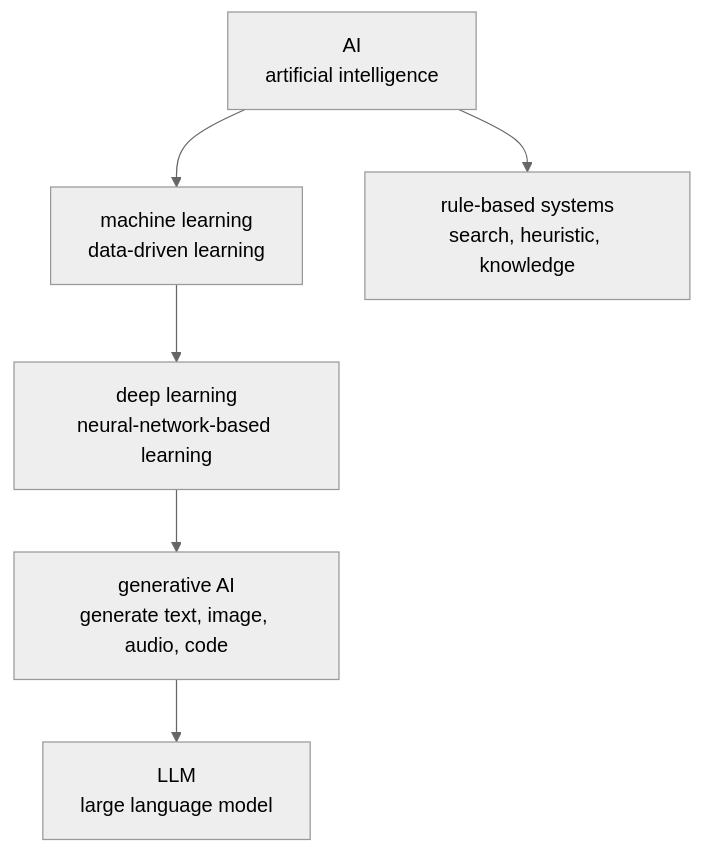
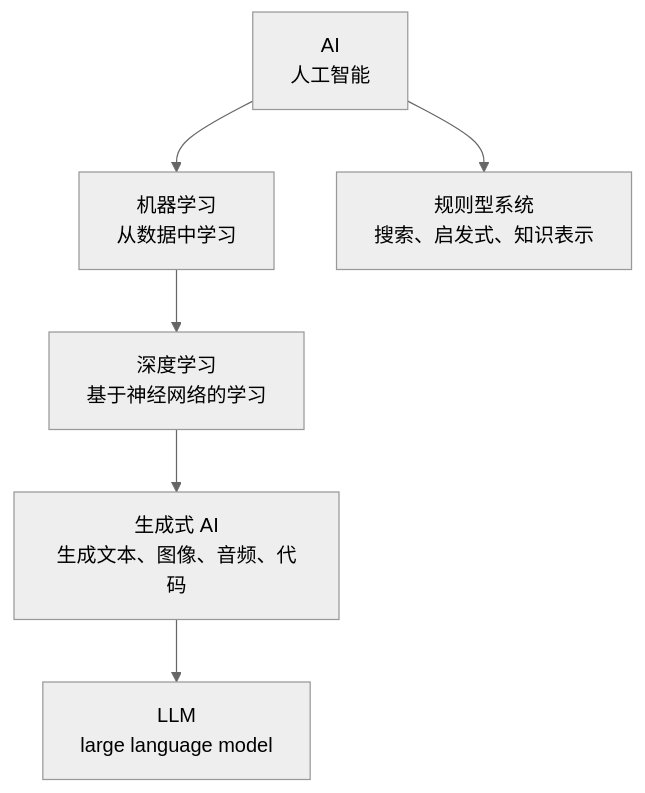
The first of 3 diagrams in docs/zh/parts/part-04/chapter-01/section-01.md (devchan64/AiBook), drawn with Mermaid (neutral theme) before and after one commit. The commit also changed other lines of this file and 11 other files, not shown here.

````diff
--- a/docs/zh/parts/part-04/chapter-01/section-01.md
+++ b/docs/zh/parts/part-04/chapter-01/section-01.md
@@ -68,14 +68,14 @@
 ```mermaid
 flowchart TD
-  A["AI<br/>artificial intelligence"]
-  B["machine learning<br/>data-driven learning"]
-  C["deep learning<br/>neural-network-based learning"]
-  D["generative AI<br/>generate text, image, audio, code"]
+  A["AI<br/>人工智能"]
+  B["机器学习<br/>从数据中学习"]
+  C["深度学习<br/>基于神经网络的学习"]
+  D["生成式 AI<br/>生成文本、图像、音频、代码"]
   E["LLM<br/>large language model"]
 
   A --> B
-  A --> R["rule-based systems<br/>search, heuristic, knowledge"]
+  A --> R["规则型系统<br/>搜索、启发式、知识表示"]
   B --> C
   C --> D
   D --> E
 ```
````
